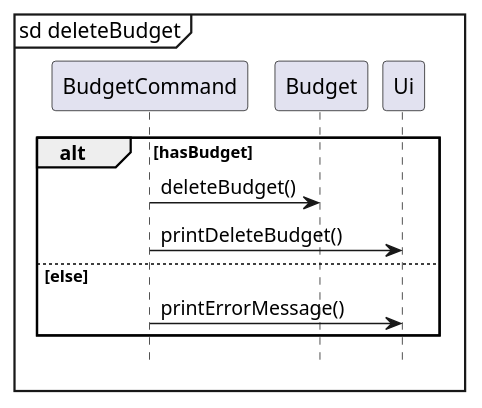
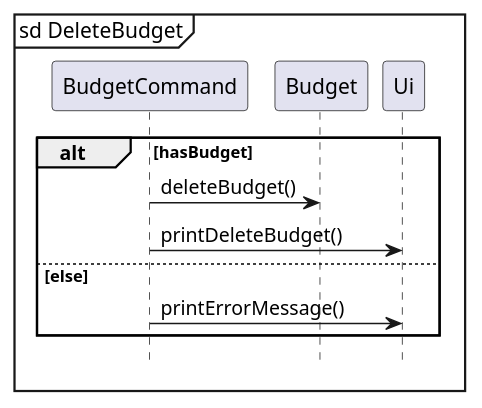
One commit to nus-cs2113-AY2324S1/tp changed the diagram in docs/diagrams/deleteBudget.puml. Above: the diagram before and after it, drawn with PlantUML. The commit also changed 8 other files, not shown here.

Commit message:
Change names in diagram

```diff
--- a/docs/diagrams/deleteBudget.puml
+++ b/docs/diagrams/deleteBudget.puml
@@ -1,16 +1,16 @@
 @startuml
 
-mainframe sd deleteBudget
+mainframe sd DeleteBudget
 participant BudgetCommand
 participant Budget
 participant Ui
 
 alt hasBudget
     BudgetCommand -> Budget: deleteBudget()
     BudgetCommand -> Ui: printDeleteBudget()
 else else
     BudgetCommand -> Ui: printErrorMessage()
 end
 
 hide footbox
 @enduml
```
